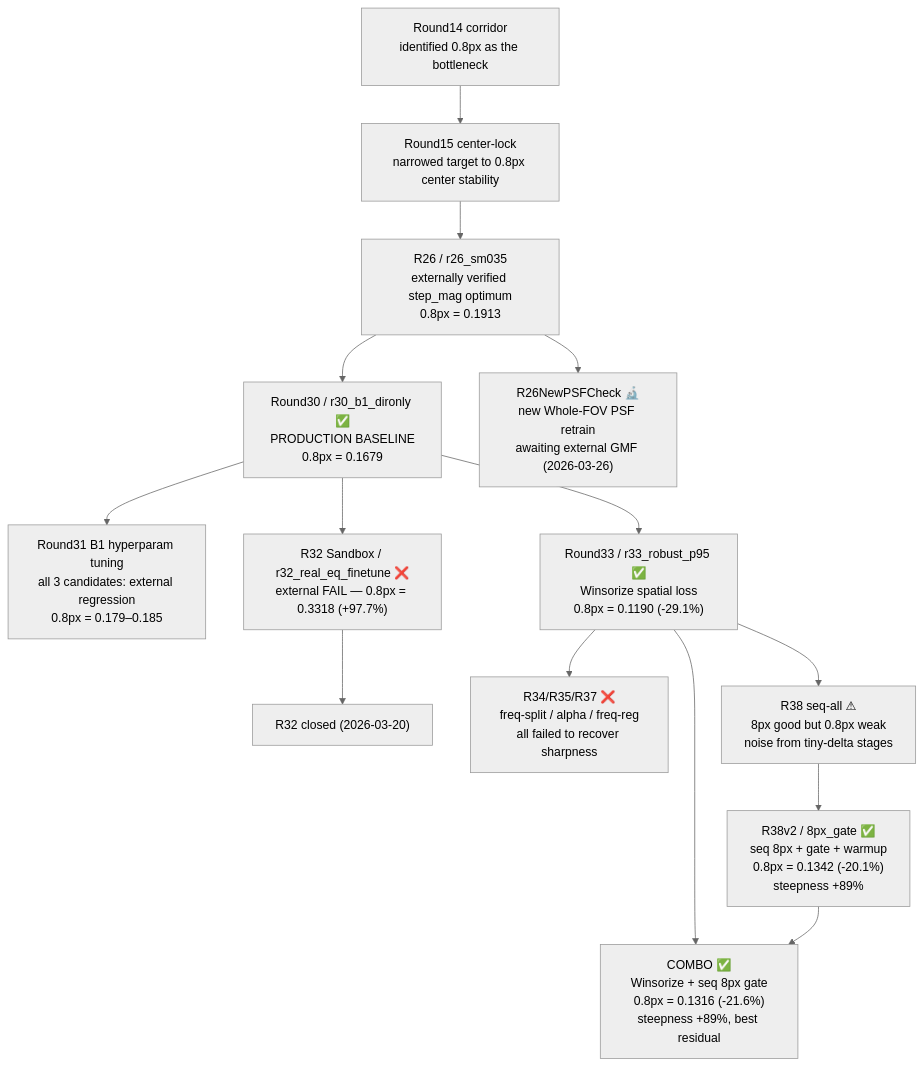
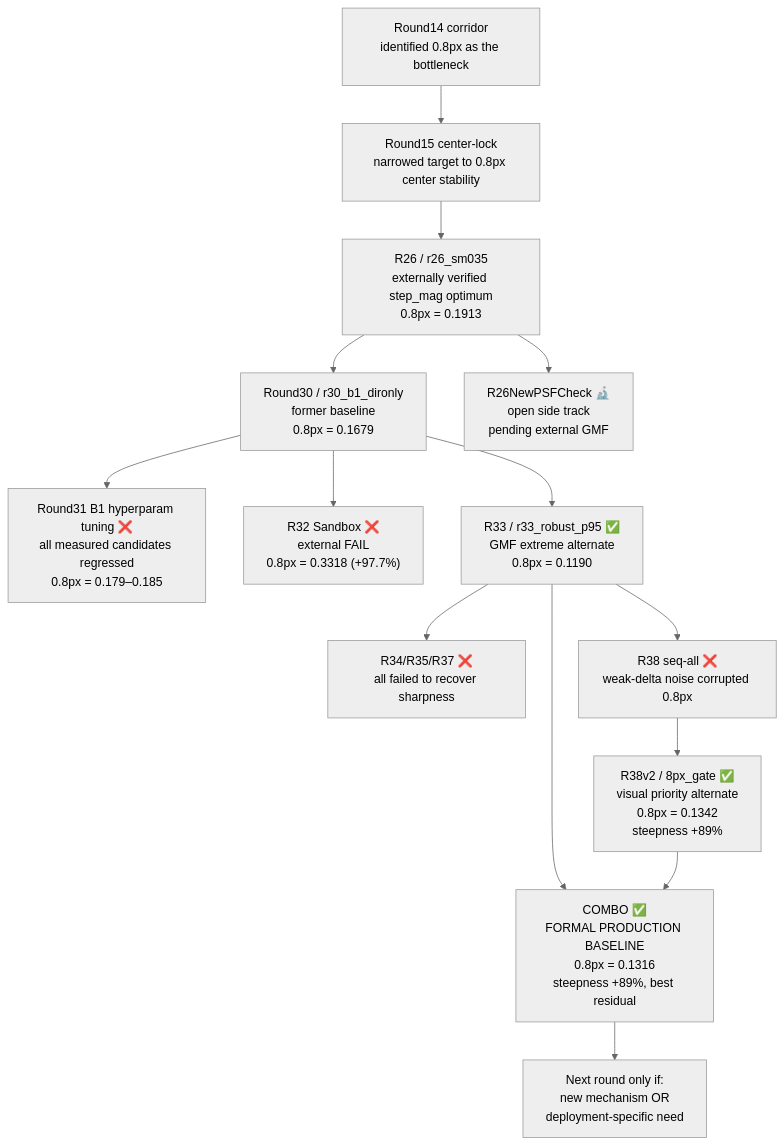
The diagram in docs/analysis/RESEARCH_PATHS.md (rio10255254/GMM_2_Final), drawn with Mermaid (neutral theme) before and after one commit. The commit also changed other lines of this file and 27 other files, not shown here.

````diff
--- a/docs/analysis/RESEARCH_PATHS.md
+++ b/docs/analysis/RESEARCH_PATHS.md
@@ -8,16 +8,16 @@
 ```mermaid
 flowchart TD
     R14["Round14 corridor<br/>identified 0.8px as the bottleneck"] --> R15["Round15 center-lock<br/>narrowed target to 0.8px center stability"]
     R15 --> R26["R26 / r26_sm035<br/>externally verified step_mag optimum<br/>0.8px = 0.1913"]
-    R26 --> R30["Round30 / r30_b1_dironly ✅<br/>PRODUCTION BASELINE<br/>0.8px = 0.1679"]
-    R30 --> R31["Round31 B1 hyperparam tuning<br/>all 3 candidates: external regression<br/>0.8px = 0.179–0.185"]
-    R30 --> R32["R32 Sandbox / r32_real_eq_finetune ❌<br/>external FAIL — 0.8px = 0.3318 (+97.7%)"]
-    R32 --> CLOSED["R32 closed (2026-03-20)"]
-    R26 --> R26PSF["R26NewPSFCheck 🔬<br/>new Whole-FOV PSF retrain<br/>awaiting external GMF (2026-03-26)"]
-    R30 --> R33["Round33 / r33_robust_p95 ✅<br/>Winsorize spatial loss<br/>0.8px = 0.1190 (-29.1%)"]
-    R33 --> R34_37["R34/R35/R37 ❌<br/>freq-split / alpha / freq-reg<br/>all failed to recover sharpness"]
-    R33 --> R38["R38 seq-all ⚠<br/>8px good but 0.8px weak<br/>noise from tiny-delta stages"]
-    R38 --> R38v2["R38v2 / 8px_gate ✅<br/>seq 8px + gate + warmup<br/>0.8px = 0.1342 (-20.1%)<br/>steepness +89%"]
-    R33 --> COMBO["COMBO ✅<br/>Winsorize + seq 8px gate<br/>0.8px = 0.1316 (-21.6%)<br/>steepness +89%, best residual"]
+    R26 --> R30["Round30 / r30_b1_dironly<br/>former baseline<br/>0.8px = 0.1679"]
+    R30 --> R31["Round31 B1 hyperparam tuning ❌<br/>all measured candidates regressed<br/>0.8px = 0.179–0.185"]
+    R30 --> R32["R32 Sandbox ❌<br/>external FAIL<br/>0.8px = 0.3318 (+97.7%)"]
+    R30 --> R33["R33 / r33_robust_p95 ✅<br/>GMF extreme alternate<br/>0.8px = 0.1190"]
+    R33 --> R34_37["R34/R35/R37 ❌<br/>all failed to recover sharpness"]
+    R33 --> R38["R38 seq-all ❌<br/>weak-delta noise corrupted 0.8px"]
+    R38 --> R38v2["R38v2 / 8px_gate ✅<br/>visual priority alternate<br/>0.8px = 0.1342<br/>steepness +89%"]
+    R33 --> COMBO["COMBO ✅<br/>FORMAL PRODUCTION BASELINE<br/>0.8px = 0.1316<br/>steepness +89%, best residual"]
     R38v2 --> COMBO
+    R26 --> R26PSF["R26NewPSFCheck 🔬<br/>open side track<br/>pending external GMF"]
+    COMBO --> NEXT["Next round only if:<br/>new mechanism OR<br/>deployment-specific need"]
 ```
````
